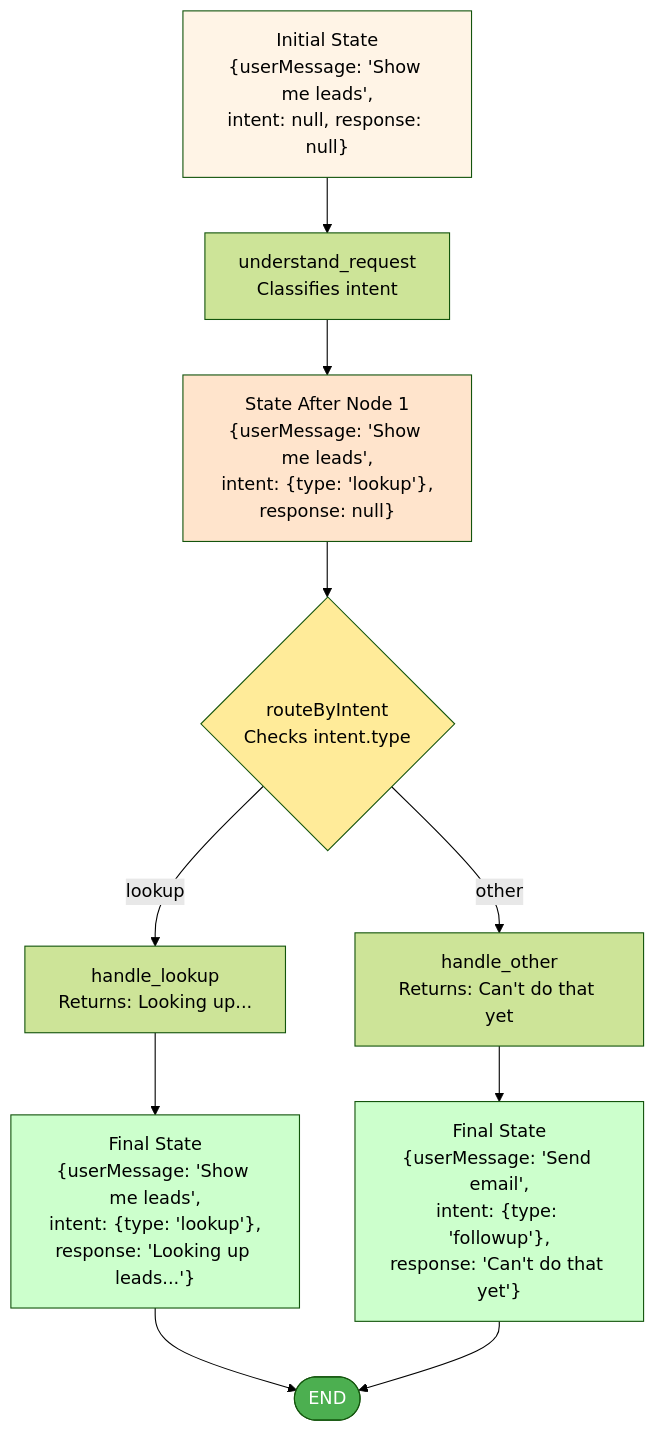
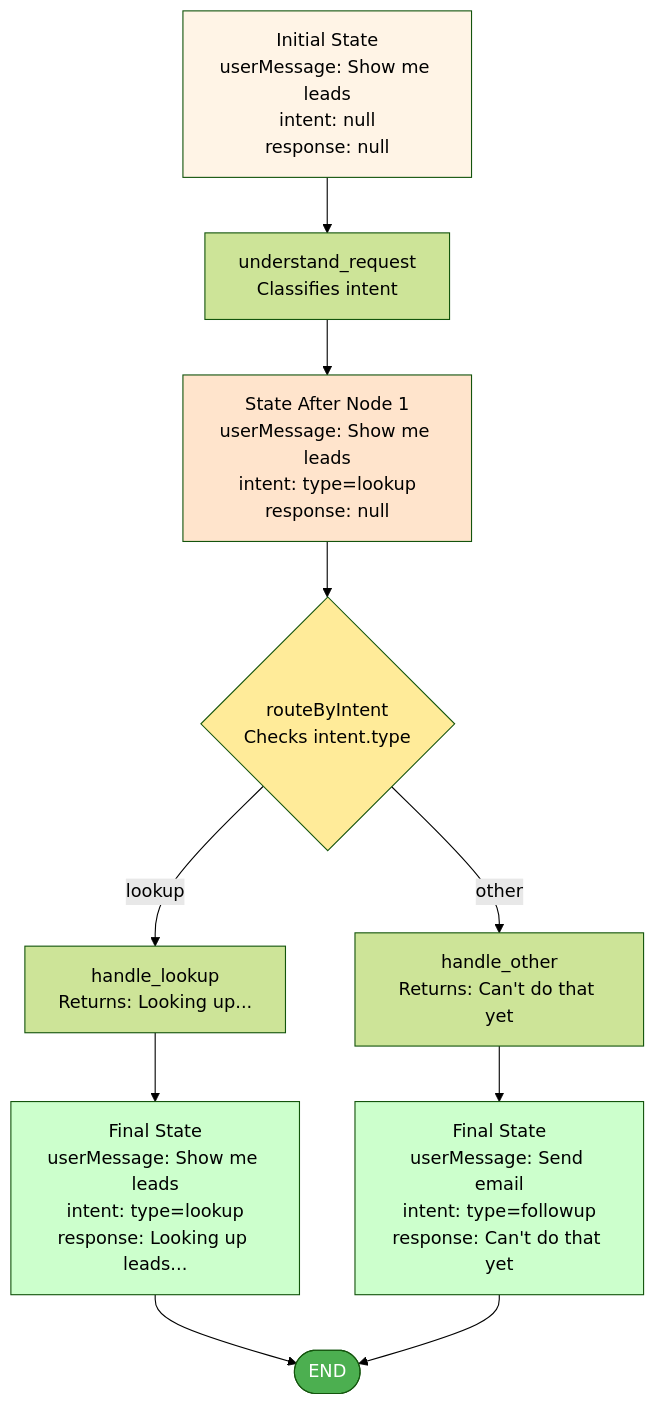
One commit to AliMehdii/Jedha-use-case changed the first of 2 diagrams in Instructional-Design-Challenge/Day-01_From-Chatbot-to-Agent/01-Exercises/03-Multi-Node-Flow.md. Above: the diagram before and after it, drawn with Mermaid (forest theme). The commit also changed other lines of this file and 9 other files, not shown here.

Commit message:
Refine instructional materials for AI agents: updated diagrams for chatbot vs. agent flows, improved state representation in exercises, and enhanced error handling visuals. Adjusted terminology for clarity and consistency across all lecture and exercise files.

````diff
--- a/Instructional-Design-Challenge/Day-01_From-Chatbot-to-Agent/01-Exercises/03-Multi-Node-Flow.md
+++ b/Instructional-Design-Challenge/Day-01_From-Chatbot-to-Agent/01-Exercises/03-Multi-Node-Flow.md
@@ -236,37 +236,29 @@
 ```mermaid
 graph TD
-    Start["Initial State<br/>{userMessage: 'Show me leads',<br/>intent: null, response: null}"]
-    
-    N1[understand_request<br/>Classifies intent]
-    
-    Mid["State After Node 1<br/>{userMessage: 'Show me leads',<br/>intent: {type: 'lookup'},<br/>response: null}"]
-    
-    Router{routeByIntent<br/>Checks intent.type}
-    
-    N2[handle_lookup<br/>Returns: Looking up...]
-    N3[handle_other<br/>Returns: Can't do that yet]
-    
-    End1["Final State<br/>{userMessage: 'Show me leads',<br/>intent: {type: 'lookup'},<br/>response: 'Looking up leads...'}"]
-    
-    End2["Final State<br/>{userMessage: 'Send email',<br/>intent: {type: 'followup'},<br/>response: 'Can't do that yet'}"]
-    
+    Start["Initial State<br/>userMessage: Show me leads<br/>intent: null<br/>response: null"]
+    N1["understand_request<br/>Classifies intent"]
+    Mid["State After Node 1<br/>userMessage: Show me leads<br/>intent: type=lookup<br/>response: null"]
+    Router{"routeByIntent<br/>Checks intent.type"}
+    N2["handle_lookup<br/>Returns: Looking up..."]
+    N3["handle_other<br/>Returns: Can't do that yet"]
+    End1["Final State<br/>userMessage: Show me leads<br/>intent: type=lookup<br/>response: Looking up leads..."]
+    End2["Final State<br/>userMessage: Send email<br/>intent: type=followup<br/>response: Can't do that yet"]
     Start --> N1
     N1 --> Mid
     Mid --> Router
-    
     Router -->|"lookup"| N2
     Router -->|"other"| N3
     
     N2 --> End1
     N3 --> End2
     
     End1 --> Done([END])
     End2 --> Done
     
     style Start fill:#fff4e6
     style Mid fill:#ffe4cc
     style End1 fill:#ccffcc
     style End2 fill:#ccffcc
     style Router fill:#ffeb99
     style Done fill:#4CAF50,color:#fff
 ```
````
